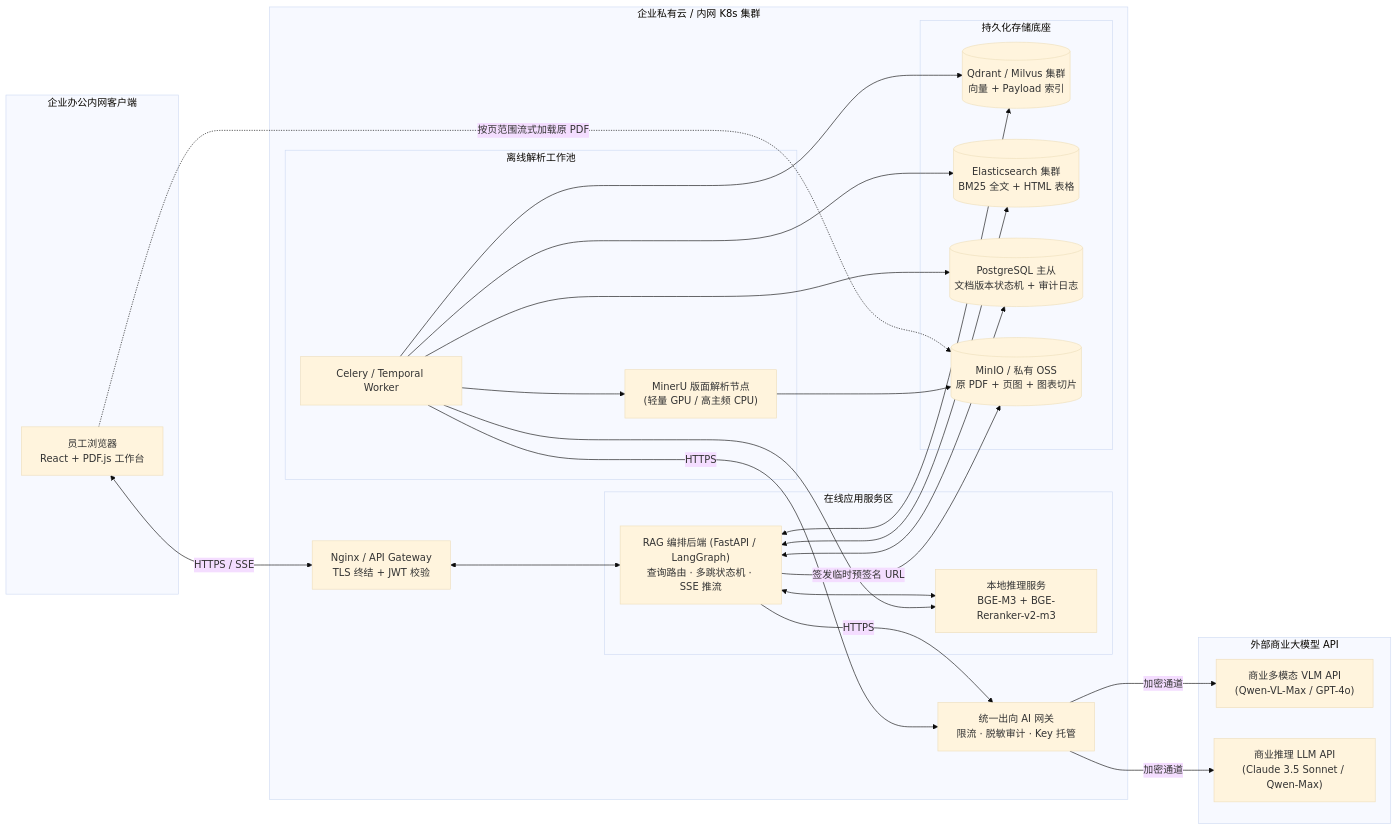
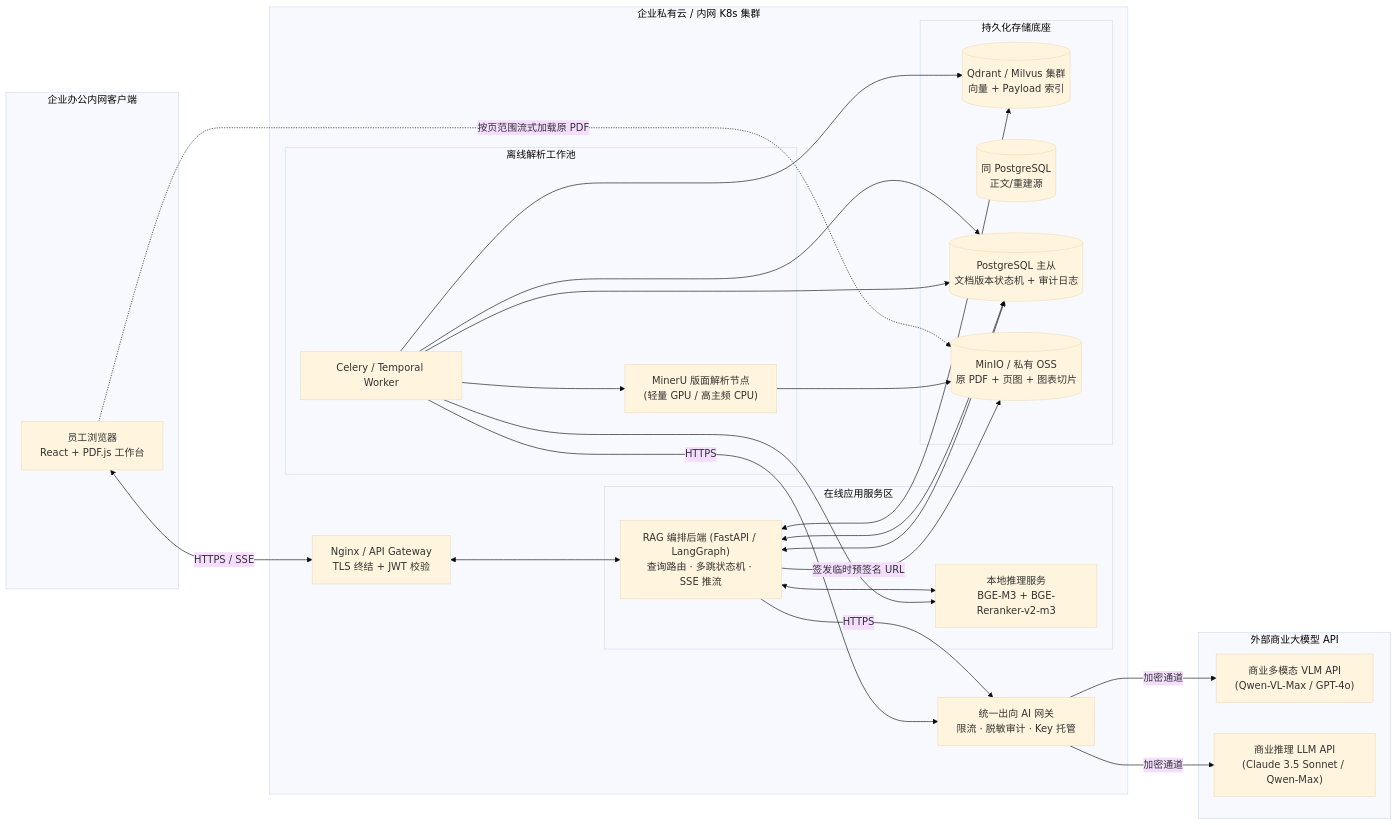
One commit to kvchen95/ai-rag changed the sixth of 6 diagrams in 架构图集.md. Above: the diagram before and after it, drawn with Mermaid (base theme). The commit also changed other lines of this file and 2 other files, not shown here.

Commit message:
docs: 清理旧关键词/ES残留，统一方案B

````diff
--- a/架构图集.md
+++ b/架构图集.md
@@ -253,55 +253,55 @@
 ```mermaid
 flowchart LR
     subgraph ClientNet ["企业办公内网客户端"]
         Browser["员工浏览器<br/>React + PDF.js 工作台"]
     end
 
     subgraph CorpVPC ["企业私有云 / 内网 K8s 集群"]
         Ingress["Nginx / API Gateway<br/>TLS 终结 + JWT 校验"]
 
         subgraph AppServices ["在线应用服务区"]
             Backend["RAG 编排后端 (FastAPI / LangGraph)<br/>查询路由 · 多跳状态机 · SSE 推流"]
             RerankSvc["本地推理服务<br/>BGE-M3 + BGE-Reranker-v2-m3"]
         end
 
         subgraph IngestionWorkers ["离线解析工作池"]
             Celery["Celery / Temporal Worker"]
             MinerUSvc["MinerU 版面解析节点<br/>(轻量 GPU / 高主频 CPU)"]
         end
 
         subgraph DataCluster ["持久化存储底座"]
             QdrantCluster[("Qdrant / Milvus 集群<br/>向量 + Payload 索引")]
-            ESCluster[("Elasticsearch 集群<br/>BM25 全文 + HTML 表格")]
-            PGCluster[("PostgreSQL 主从<br/>文档版本状态机 + 审计日志")]
+            MetaPGNote[("同 PostgreSQL<br/>正文/重建源")]
+            MetaPG[("PostgreSQL 主从<br/>文档版本状态机 + 审计日志")]
             MinIOCluster[("MinIO / 私有 OSS<br/>原 PDF + 页图 + 图表切片")]
         end
 
         EgressProxy["统一出向 AI 网关<br/>限流 · 脱敏审计 · Key 托管"]
     end
 
     subgraph CloudAI ["外部商业大模型 API"]
         VLMCloud["商业多模态 VLM API<br/>(Qwen-VL-Max / GPT-4o)"]
         LLMCloud["商业推理 LLM API<br/>(Claude 3.5 Sonnet / Qwen-Max)"]
     end
 
     Browser <-->|"HTTPS / SSE"| Ingress
     Ingress <--> Backend
     Backend <--> RerankSvc
     Backend <--> QdrantCluster
-    Backend <--> ESCluster
-    Backend <--> PGCluster
+    Backend <--> MetaPG
+    Backend <--> MetaPG
     Backend -->|"签发临时预签名 URL"| MinIOCluster
     Browser -.->|"按页范围流式加载原 PDF"| MinIOCluster
 
     Celery --> MinerUSvc
     MinerUSvc --> MinIOCluster
     Celery --> RerankSvc
     Celery --> QdrantCluster
-    Celery --> ESCluster
-    Celery --> PGCluster
+    Celery --> MetaPG
+    Celery --> MetaPG
 
     Backend -->|"HTTPS"| EgressProxy
     Celery -->|"HTTPS"| EgressProxy
     EgressProxy -->|"加密通道"| VLMCloud
     EgressProxy -->|"加密通道"| LLMCloud
 ```
````
